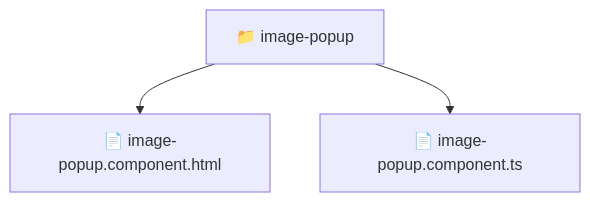
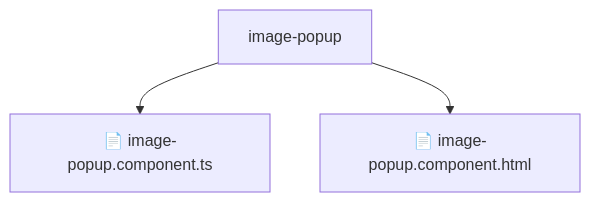
The diagram in frontend/src/shared/ui/image-popup/README.md (beginwebdev2002/fullstack-mavluda), drawn with Mermaid before and after one commit. The commit also changed other lines of this file and 155 other files, not shown here.

````diff
--- a/frontend/src/shared/ui/image-popup/README.md
+++ b/frontend/src/shared/ui/image-popup/README.md
@@ -10,6 +14,6 @@
 ```mermaid
 graph TD
-  Root["📁 image-popup"]
-  Root --> imagepopupcomponenthtml["📄 image-popup.component.html"]
-  Root --> imagepopupcomponentts["📄 image-popup.component.ts"]
+    Root[image-popup]
+    Root --> F0[📄 image-popup.component.ts]
+    Root --> F1[📄 image-popup.component.html]
 ```
````
